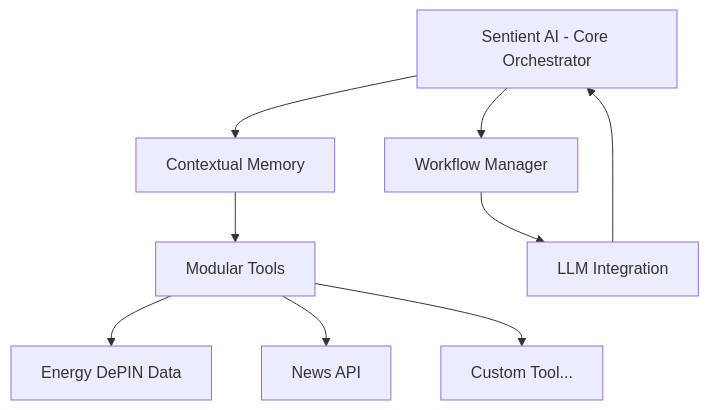
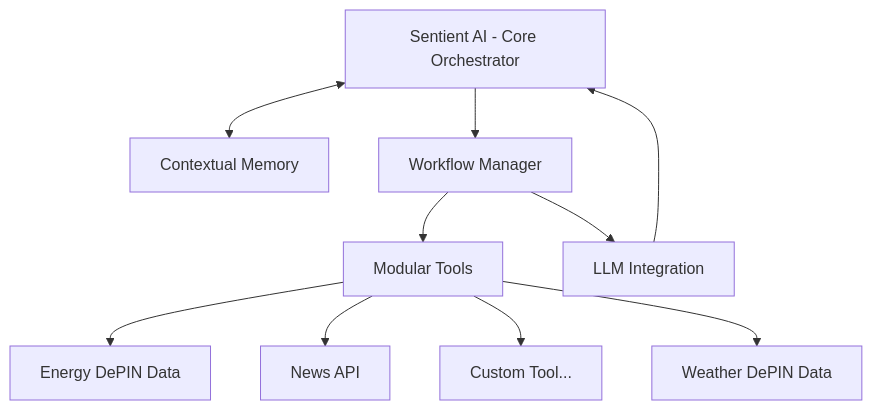
One commit to iotexproject/quicksilver changed the diagram in README.md. Above: the diagram before and after it, drawn with Mermaid.

Commit message:
update flow chart (#20)

````diff
--- a/README.md
+++ b/README.md
@@ -43,20 +43,23 @@
 ```mermaid
 graph TD
     A[Sentient AI - Core Orchestrator]
     B[Contextual Memory]
     C[Workflow Manager]
     D[Modular Tools]
     E[LLM Integration]
     F[Energy DePIN Data]
     G[News API]
-    H[Custom Tool...]
+    H[Weather DePIN Data]
+    I[Custom Tool...]
 
-    A --> B
-    A --> C
-    B --> D
+
+    A <--> B
+    A --> C    
     C --> E
+    C --> D
     D --> F
     D --> G
+    D --> I
     D --> H
     E --> A
 ```
````
